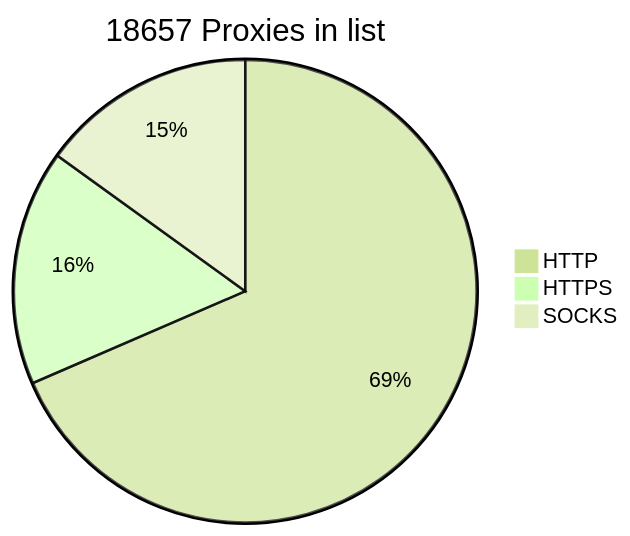
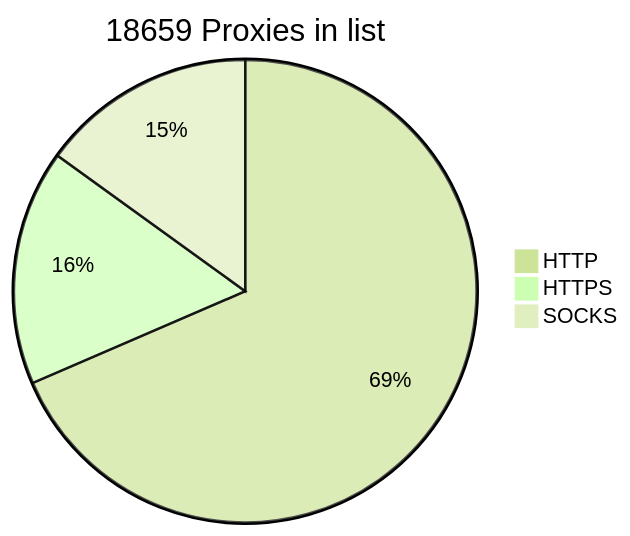
Before and after one commit to BlackSnowDot/proxylist-update-every-minute: the diagram in README.md, drawn with Mermaid (forest theme).

````diff
--- a/README.md
+++ b/README.md
@@ -2,6 +2,6 @@
 ```mermaid
-pie title 18657 Proxies in list
-    "HTTP" : 13909
+pie title 18659 Proxies in list
+    "HTTP" : 13913
     "HTTPS": 3339
     "SOCKS" : 3055
 ```
````
